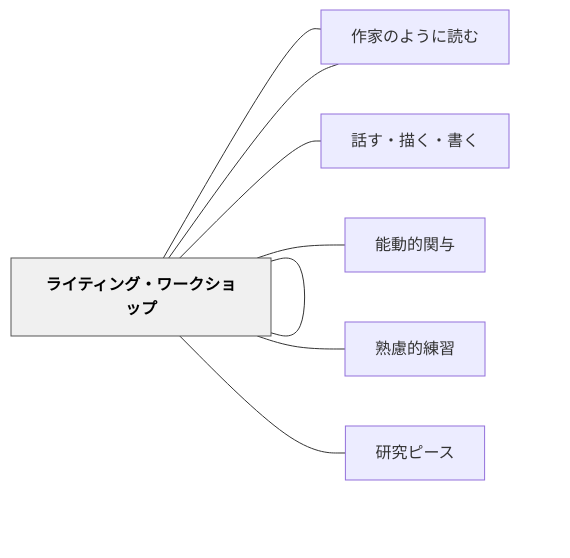
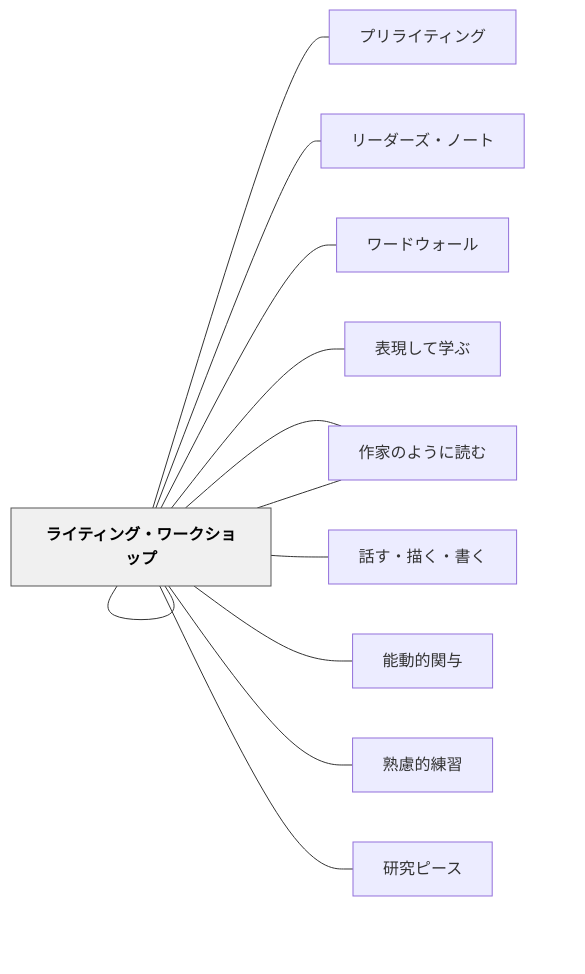
One commit to unknownthings-ed-patterns/unknownthings-ed-patterns changed the diagram in content/パタン/ライターズ・ノート.md. Above: the diagram before and after it, drawn with Mermaid. The commit also changed other lines of this file and 473 other files, not shown here.

````diff
--- a/content/パタン/ライターズ・ノート.md
+++ b/content/パタン/ライターズ・ノート.md
@@ -236,22 +240,30 @@
 ```mermaid
 flowchart LR
     ne383a9e382a4["ライターズ・ノート"]
+    ne38397e383aa["プリライティング"]
+    ne383aae383bc["リーダーズ・ノート"]
+    ne383afe383bc["ワードウォール"]
+    ne8a1a8e78fbe["表現して学ぶ"]
     ne383a9e382a4["ライティング・ワークショップ"]
     ne4bd9ce5aeb6["作家のクラフト"]
     ne4bd9ce5aeb6["作家のように読む"]
     ne8a9b1e38199["話す・描く・書く"]
     ne883bde58b95["能動的関与"]
     ne7869fe685ae["熟慮的練習"]
     ne7a094e7a9b6["研究ピース"]
 
+    ne383a9e382a4 --- ne38397e383aa
+    ne383a9e382a4 --- ne383aae383bc
+    ne383a9e382a4 --- ne383afe383bc
+    ne383a9e382a4 --- ne8a1a8e78fbe
     ne383a9e382a4 --- ne383a9e382a4
     ne383a9e382a4 --- ne4bd9ce5aeb6
     ne383a9e382a4 --- ne4bd9ce5aeb6
     ne383a9e382a4 --- ne8a9b1e38199
     ne383a9e382a4 --- ne883bde58b95
     ne383a9e382a4 --- ne7869fe685ae
     ne383a9e382a4 --- ne7a094e7a9b6
 
     classDef hub fill:#f0f0f0,stroke:#555,color:#000,font-weight:bold
     class ne383a9e382a4 hub
 ```
````
